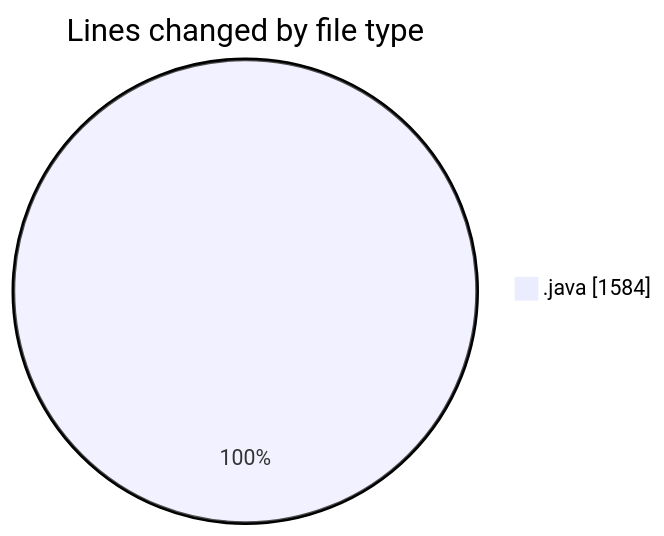
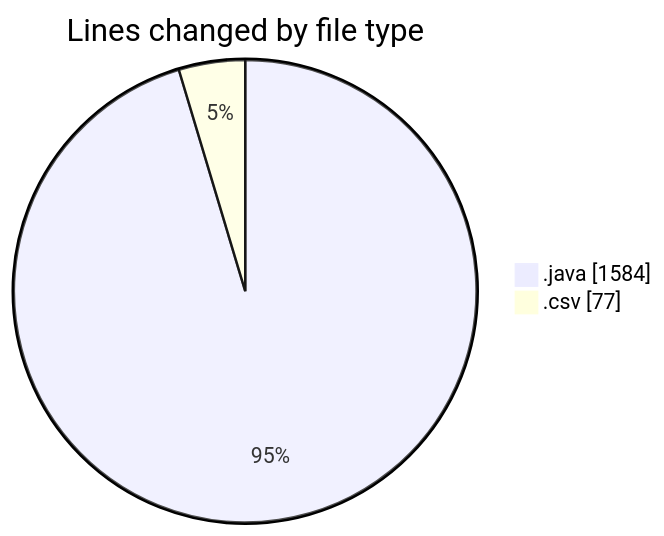
Before and after one commit to ricardozamudiocil/code-tracking: the first of 2 diagrams in 2026-04-13/cilapp/README.md, drawn with Mermaid. The commit also changed other lines of this file and 1 other file, not shown here.

````diff
--- a/2026-04-13/cilapp/README.md
+++ b/2026-04-13/cilapp/README.md
@@ -26,5 +27,6 @@
 ```mermaid
 pie showData
 title Lines changed by file type
 ".java" : 1584
+".csv" : 77
 ```
````
